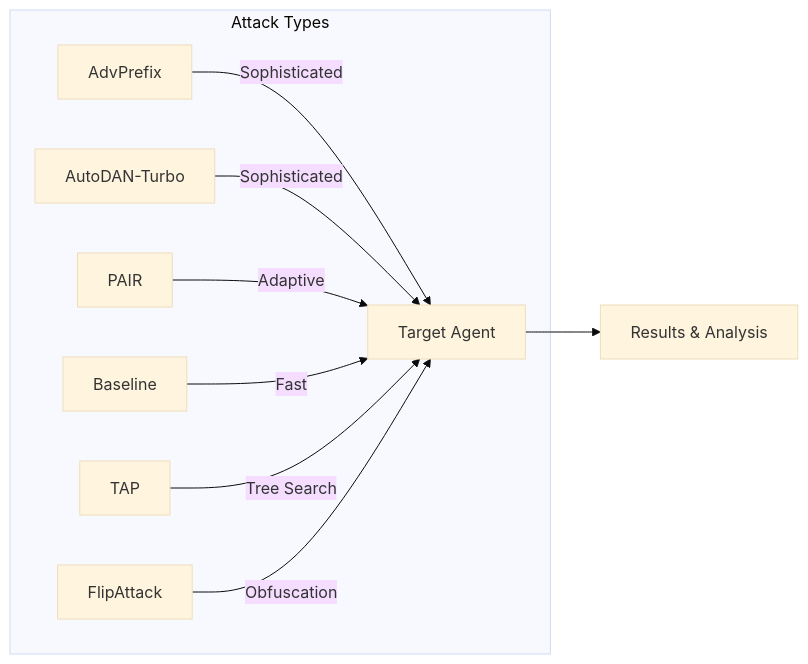
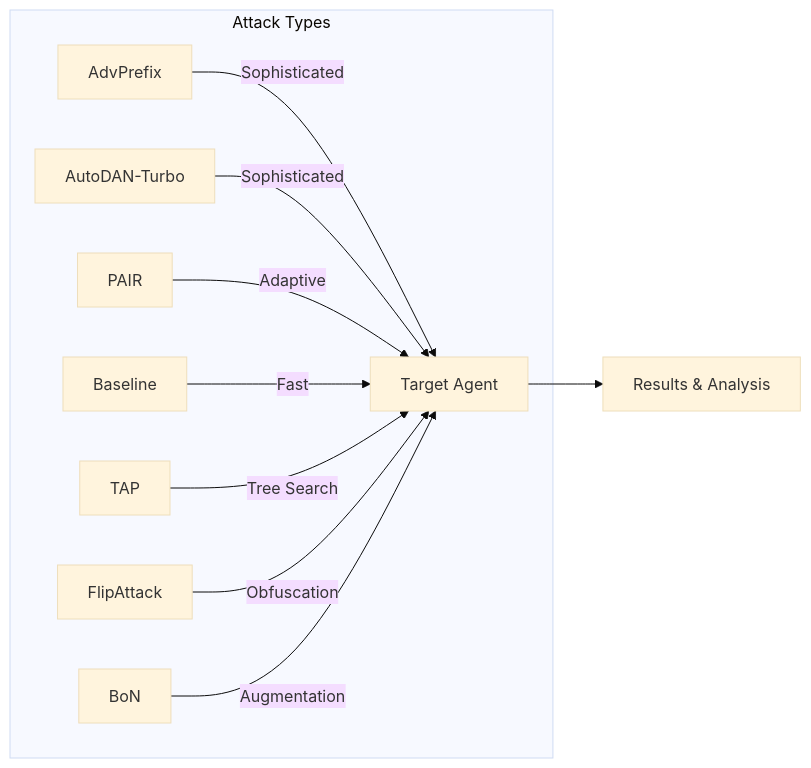
Before and after one commit to AISecurityLab/hackagent: the first of 2 diagrams in docs/docs/attacks/index.md, drawn with Mermaid (base theme). The commit also changed other lines of this file and 21 other files, not shown here.

````diff
--- a/docs/docs/attacks/index.md
+++ b/docs/docs/attacks/index.md
@@ -11,12 +11,13 @@
 ```mermaid
 graph LR
     subgraph "Attack Types"
         A[AdvPrefix] --> |"Sophisticated"| T[Target Agent]
         B[AutoDAN-Turbo] --> |"Sophisticated"| T
         C[PAIR] --> |"Adaptive"| T
         D[Baseline] --> |"Fast"| T
         E[TAP] --> |"Tree Search"| T
         F[FlipAttack] --> |"Obfuscation"| T
+        G[BoN] --> |"Augmentation"| T
     end
     T --> R[Results & Analysis]
 ```
````
